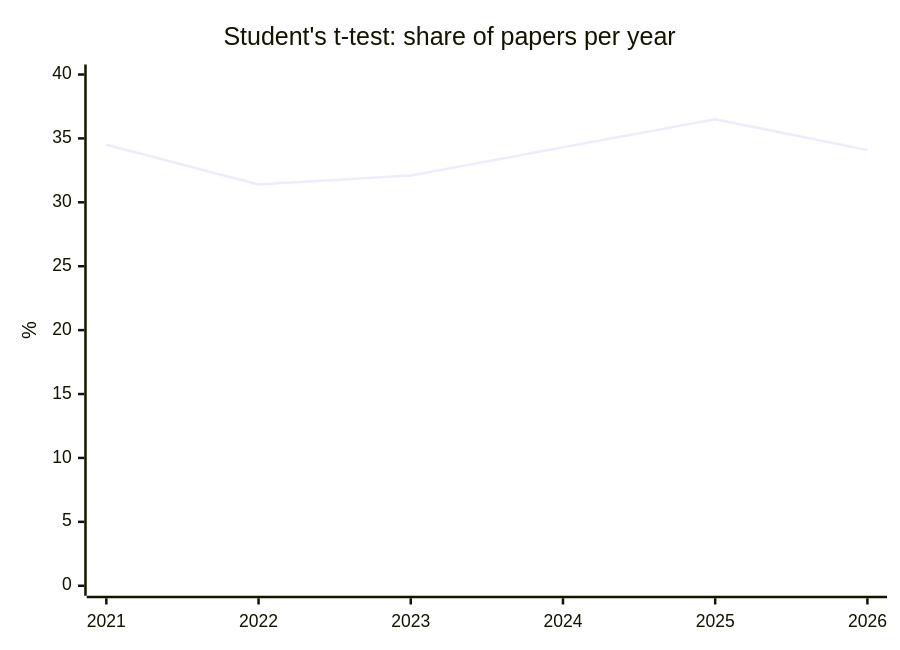
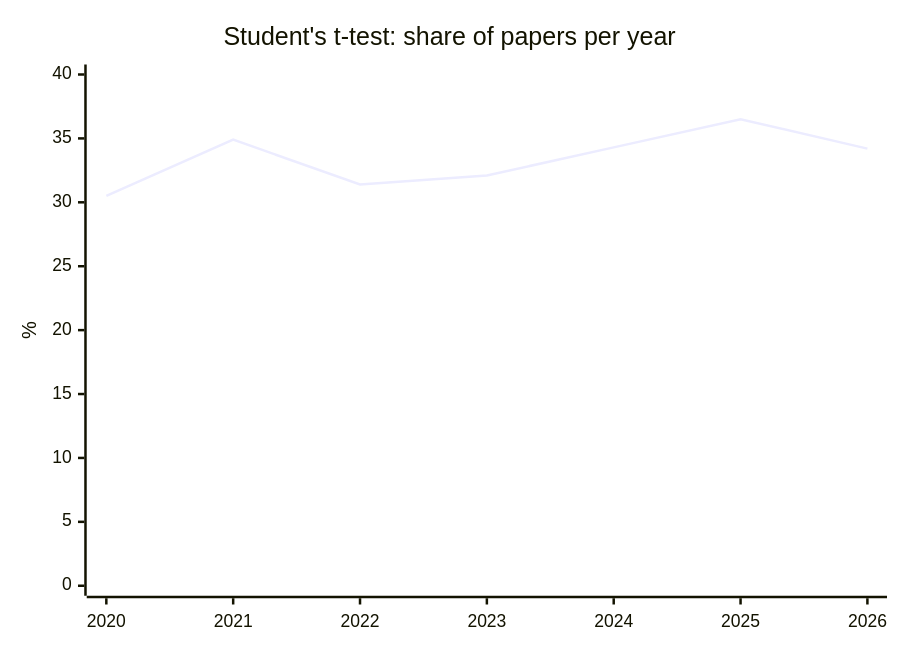
The second of 5 diagrams in literature-watch/reports/overview.md (nfdi4health/datashield-function-ideas), drawn with Mermaid before and after one commit. The commit also changed other lines of this file and 1 other file, not shown here.

````diff
--- a/literature-watch/reports/overview.md
+++ b/literature-watch/reports/overview.md
@@ -60,7 +60,7 @@
 ```mermaid
 xychart-beta
   title "Student's t-test: share of papers per year"
-  x-axis [2021, 2022, 2023, 2024, 2025, 2026]
+  x-axis [2020, 2021, 2022, 2023, 2024, 2025, 2026]
   y-axis "%" 0 --> 40
-  line [34.5, 31.4, 32.1, 34.3, 36.5, 34.1]
+  line [30.5, 34.9, 31.4, 32.1, 34.3, 36.5, 34.2]
 ```
````
